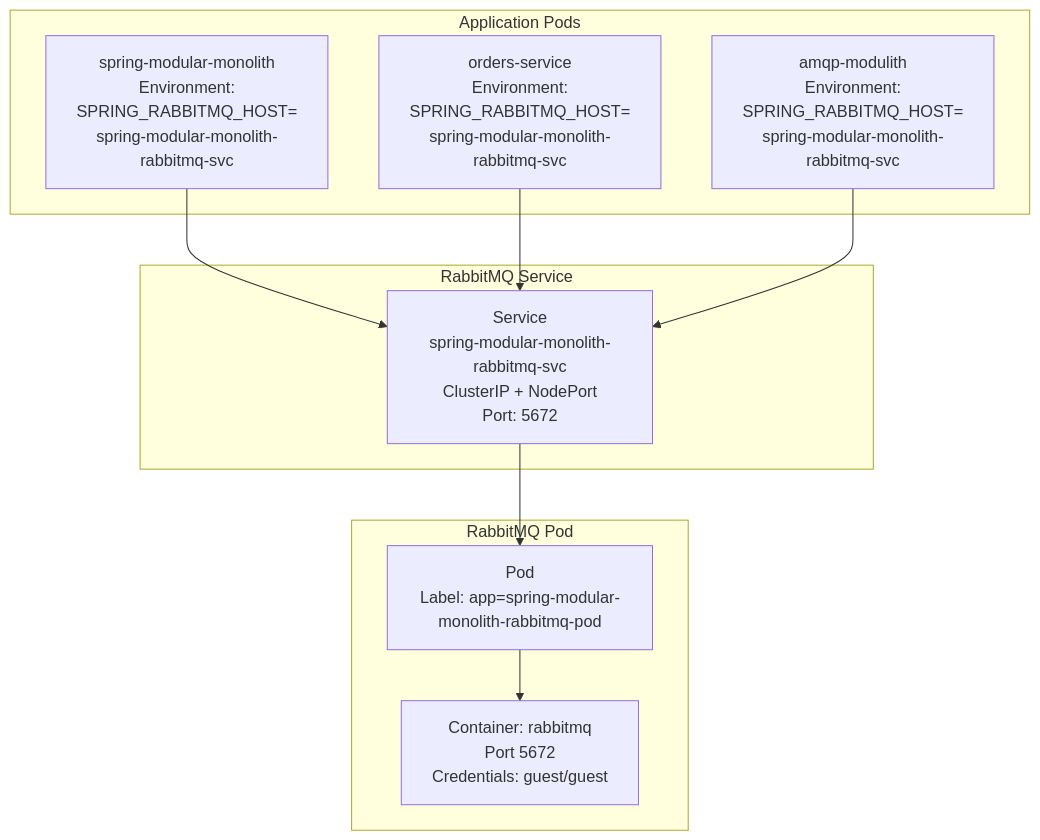
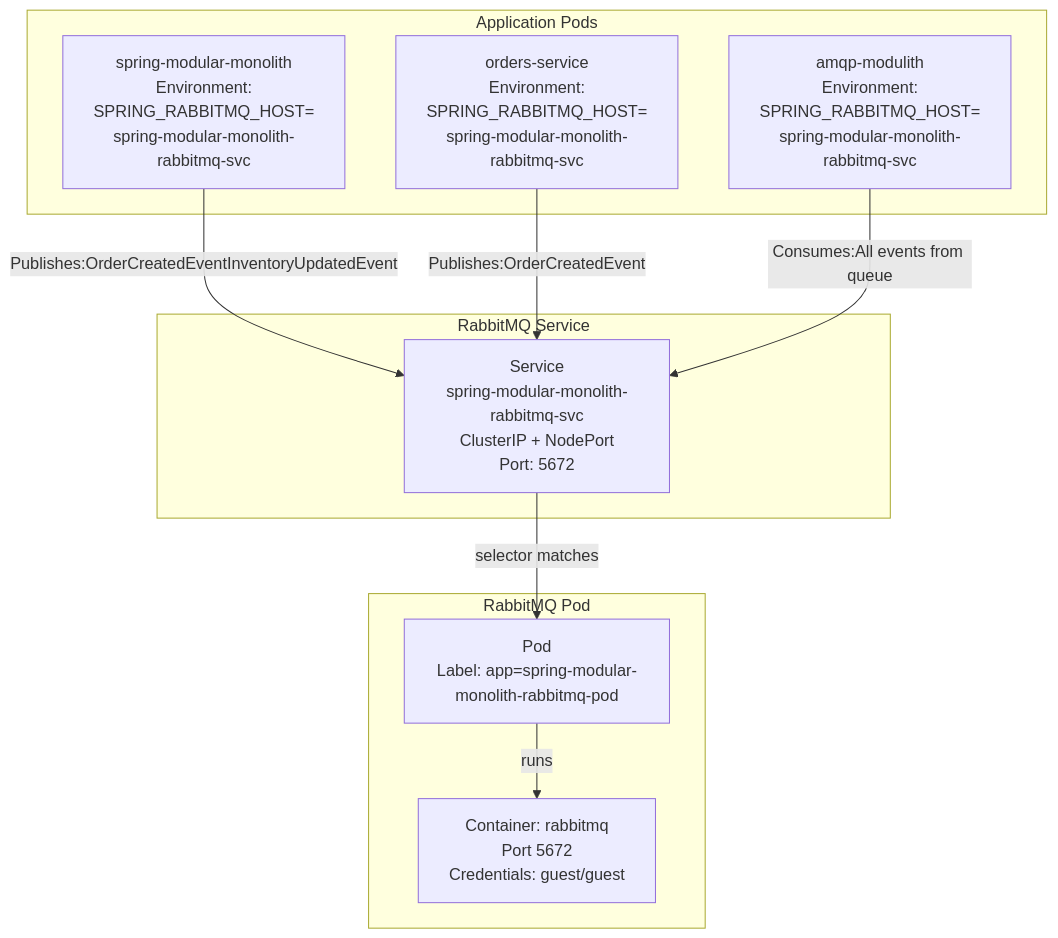
Before and after one commit to philipz/spring-modular-monolith: the fourth of 4 diagrams in docs/deepwiki/RabbitMQ-Kubernetes-Deployment.md, drawn with Mermaid. The commit also changed other lines of this file and 55 other files, not shown here.

````diff
--- a/docs/deepwiki/RabbitMQ-Kubernetes-Deployment.md
+++ b/docs/deepwiki/RabbitMQ-Kubernetes-Deployment.md
@@ -319,31 +319,31 @@
 ```mermaid
 flowchart TD
 
 Monolith["spring-modular-monolith<br>Environment:<br>SPRING_RABBITMQ_HOST=<br>spring-modular-monolith-rabbitmq-svc"]
 OrdersSvc["orders-service<br>Environment:<br>SPRING_RABBITMQ_HOST=<br>spring-modular-monolith-rabbitmq-svc"]
 AMQPMod["amqp-modulith<br>Environment:<br>SPRING_RABBITMQ_HOST=<br>spring-modular-monolith-rabbitmq-svc"]
 Service["Service<br>spring-modular-monolith-rabbitmq-svc<br>ClusterIP + NodePort<br>Port: 5672"]
 Pod["Pod<br>Label: app=spring-modular-monolith-rabbitmq-pod"]
 Container["Container: rabbitmq<br>Port 5672<br>Credentials: guest/guest"]
 
-Monolith --> Service
-OrdersSvc --> Service
-AMQPMod --> Service
-Service --> Pod
+Monolith -->|"Publishes:OrderCreatedEventInventoryUpdatedEvent"| Service
+OrdersSvc -->|"Publishes:OrderCreatedEvent"| Service
+AMQPMod -->|"Consumes:All events from queue"| Service
+Service -->|"selector matches"| Pod
 
 subgraph subGraph2 ["RabbitMQ Pod"]
     Pod
     Container
-    Pod --> Container
+    Pod -->|"runs"| Container
 end
 
 subgraph subGraph1 ["RabbitMQ Service"]
     Service
 end
 
 subgraph subGraph0 ["Application Pods"]
     Monolith
     OrdersSvc
     AMQPMod
 end
 ```
````
